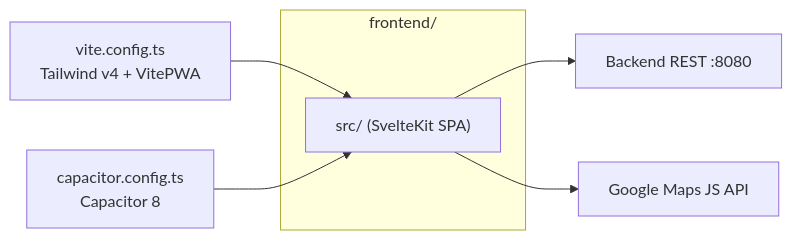
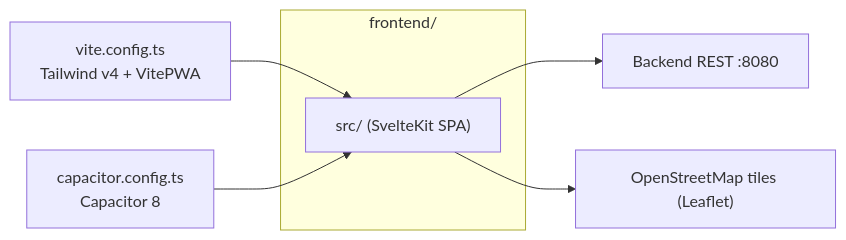
The first of 7 diagrams in docs/frontend.md (IVYIMOH/My_rider), drawn with Mermaid before and after one commit. The commit also changed other lines of this file and 15 other files, not shown here.

````diff
--- a/docs/frontend.md
+++ b/docs/frontend.md
@@ -12,10 +12,10 @@
 ```mermaid
 flowchart LR
     subgraph "frontend/"
         SRC["src/ (SvelteKit SPA)"]
     end
     V["vite.config.ts<br/>Tailwind v4 + VitePWA"] --> SRC
     C["capacitor.config.ts<br/>Capacitor 8"] --> SRC
     SRC --> API["Backend REST :8080"]
-    SRC --> GM["Google Maps JS API"]
+    SRC --> GM["OpenStreetMap tiles (Leaflet)"]
 ```
````
